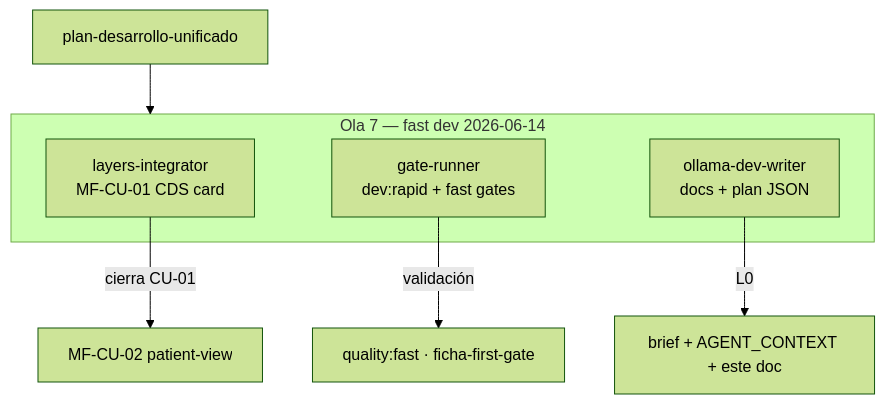
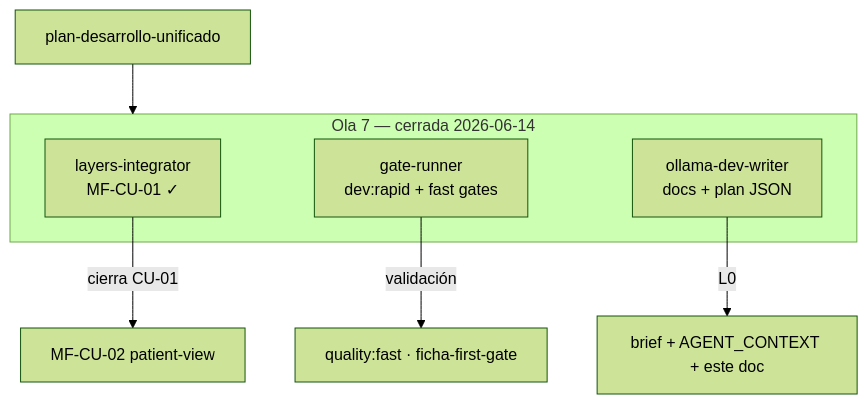
Before and after one commit to gabriel2320/epis2: the seventh of 8 diagrams in reports/epis2-orquestacion-paralela-2026-06-14.md, drawn with Mermaid (forest theme). The commit also changed other lines of this file and 4 other files, not shown here.

````diff
--- a/reports/epis2-orquestacion-paralela-2026-06-14.md
+++ b/reports/epis2-orquestacion-paralela-2026-06-14.md
@@ -753,12 +753,12 @@
 ```mermaid
 flowchart TB
-  subgraph ola7 [Ola 7 — fast dev 2026-06-14]
-    L7[layers-integrator<br/>MF-CU-01 CDS card]
+  subgraph ola7 [Ola 7 — cerrada 2026-06-14]
+    L7[layers-integrator<br/>MF-CU-01 ✓]
     R7[gate-runner<br/>dev:rapid + fast gates]
     W7[ollama-dev-writer<br/>docs + plan JSON]
   end
   PLAN7[plan-desarrollo-unificado] --> ola7
   L7 -->|cierra CU-01| CU02[MF-CU-02 patient-view]
   R7 -->|validación| GATES7[quality:fast · ficha-first-gate]
   W7 -->|L0| DOCS7[brief + AGENT_CONTEXT + este doc]
 ```
````
